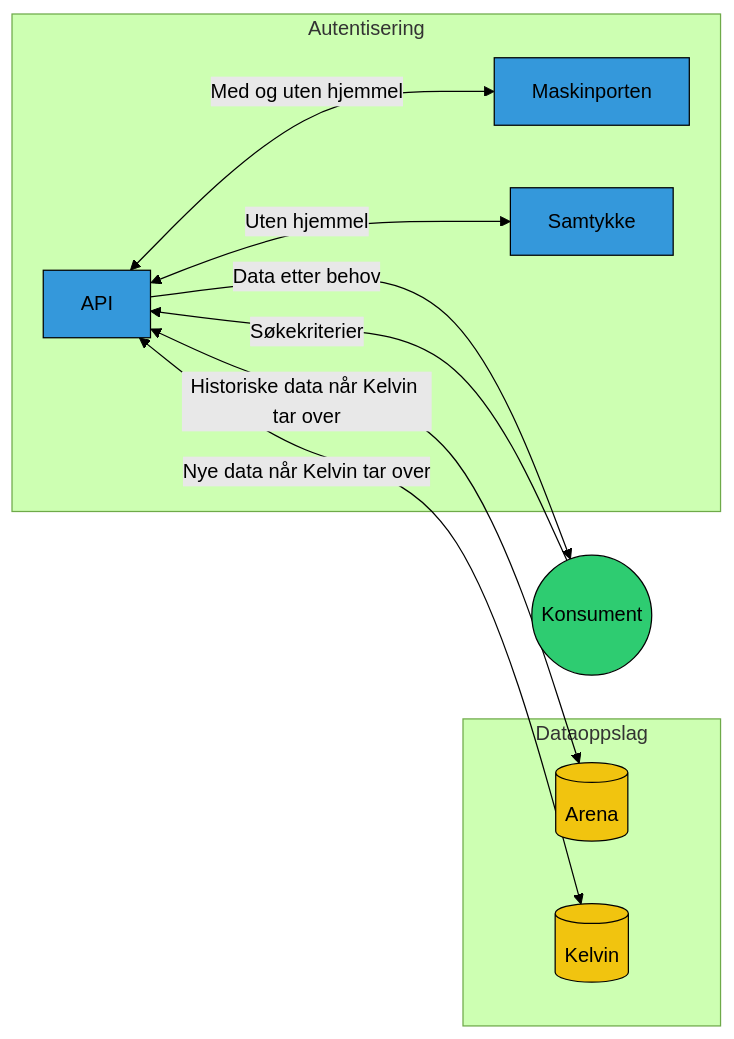
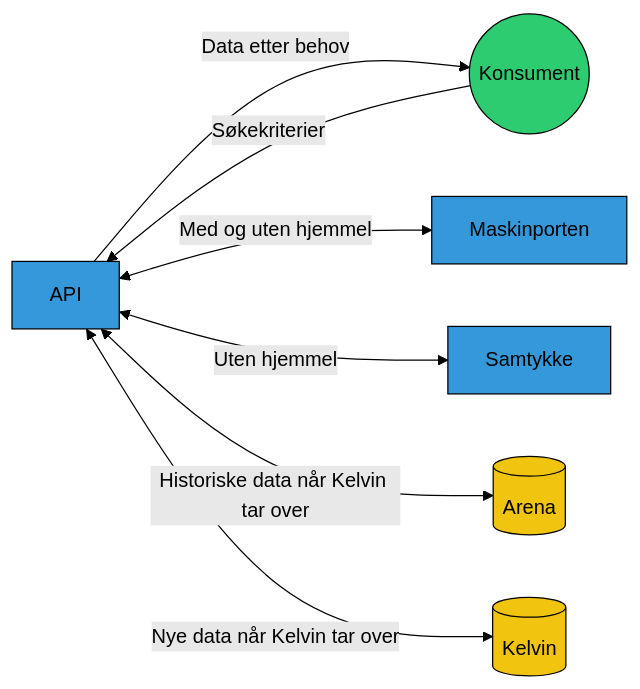
The diagram in README.md (navikt/aap-api), drawn with Mermaid (forest theme) before and after one commit.

Commit message:
Subgraph funket ikke

````diff
--- a/README.md
+++ b/README.md
@@ -4,27 +4,23 @@
 ```mermaid
 flowchart LR
 
     A01[API]:::app
     A02[Maskinporten]:::app
     A03[Samtykke]:::app
     
     D01[(Arena)]:::database
     D02[(Kelvin)]:::database
     
     K01((Konsument)):::konsument
     
     K01 --> |Søkekriterier| A01
     A01 --> |Data etter behov| K01
-    subgraph Autentisering
     A01 <--> |Med og uten hjemmel| A02
     A01 <--> |Uten hjemmel| A03
-    end
-    subgraph Dataoppslag
     A01 <--> |Historiske data når Kelvin tar over| D01
     A01 <--> |Nye data når Kelvin tar over| D02
-    end
 
     classDef app fill:#3498db, color:#000000, stroke:#000000;
     classDef database fill:#f1c40f, color:#000000, stroke:#000000;
     classDef konsument fill:#2ecc71, color:#000000, stroke:#000000;
 ```
````
